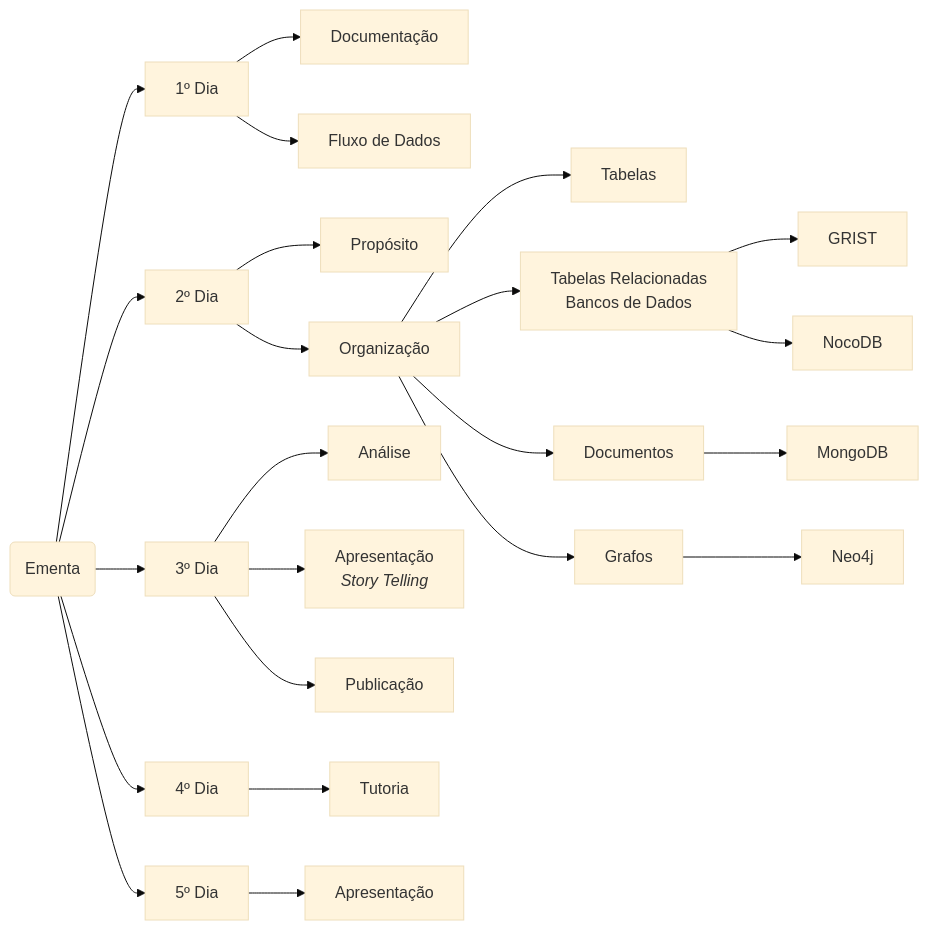
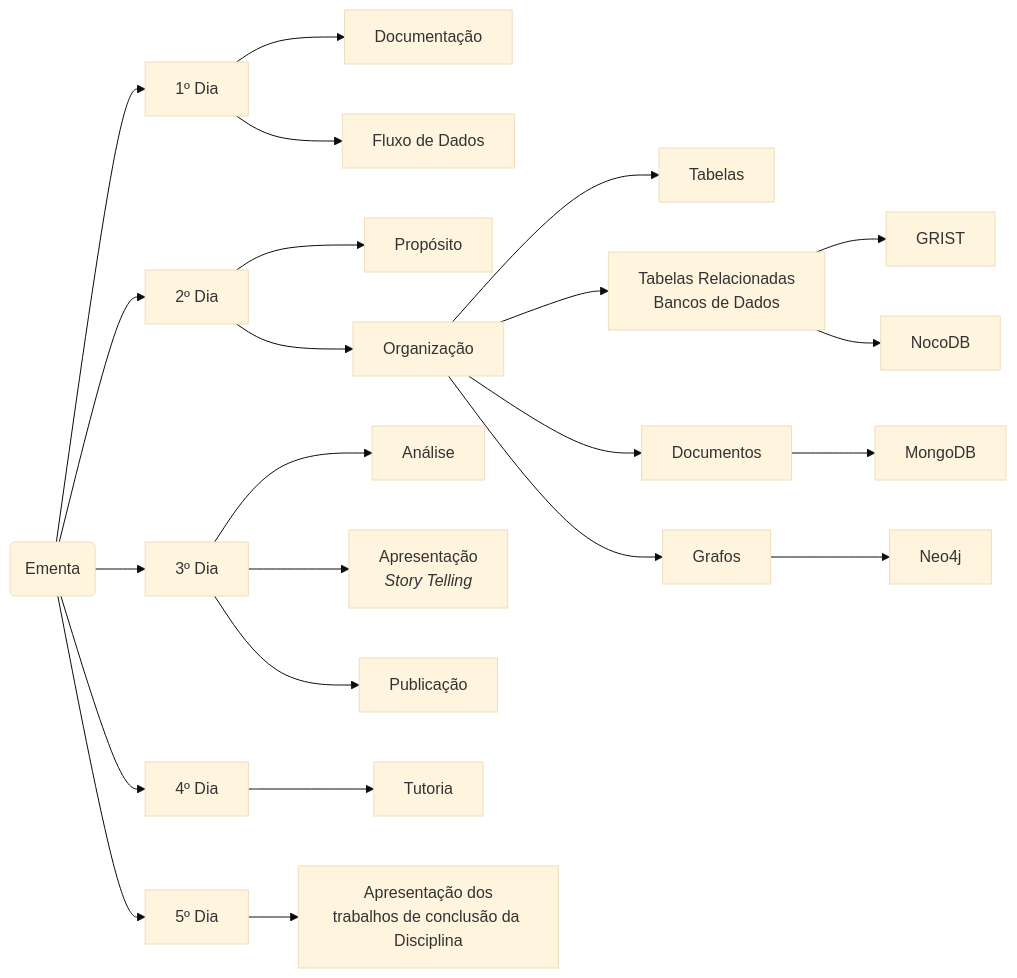
Before and after one commit to edalcin/eb11302: the diagram in 202x/ementa.md, drawn with Mermaid (base theme).

````diff
--- a/202x/ementa.md
+++ b/202x/ementa.md
@@ -3,26 +3,26 @@
 ```mermaid
 graph LR
     00(Ementa) --> 01[1º Dia]
         01 --> 01.1[Documentação]
         01 --> 01.2[Fluxo de Dados]
     00(Ementa) --> 02[2º Dia] 
         02 --> 02.1[Propósito]
         02 --> 02.2[Organização]
             02.2 --> 02.2.1[Tabelas]
             02.2 --> 02.2.2[Tabelas Relacionadas<br>Bancos de Dados]
                 02.2.2 --> 0.2.2.2.1[GRIST]
                 02.2.2 --> 0.2.2.2.2[NocoDB]
             02.2 --> 02.2.3[Documentos]
                 02.2.3 --> 02.2.3.1[MongoDB]
             02.2 --> 02.2.4[Grafos]
                 02.2.4 --> 02.2.4.1[Neo4j]
     00(Ementa) --> 03[3º Dia]
         03 --> 03.1[Análise]
         03 --> 03.2[Apresentação<br><i>Story Telling</i>]
         03 --> 03.3[Publicação]
     00(Ementa) --> 04[4º Dia]
         04 --> 04.1[Tutoria]
     00(Ementa) --> 05[5º Dia]
-        05 --> 05.1[Apresentação]
+        05 --> 05.1[Apresentação dos<br>trabalhos de conclusão da Disciplina]
         
 ```
````
